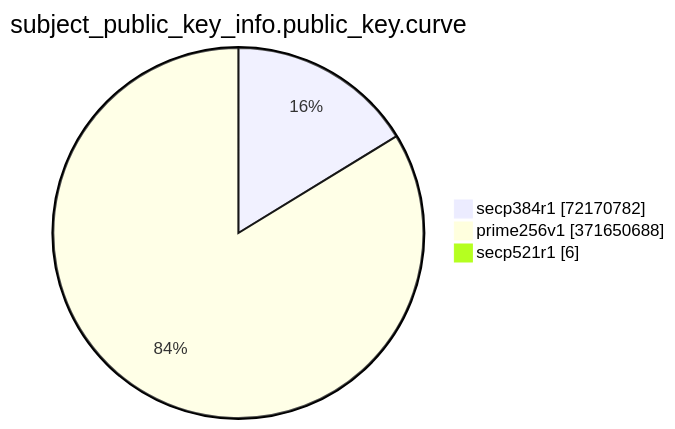
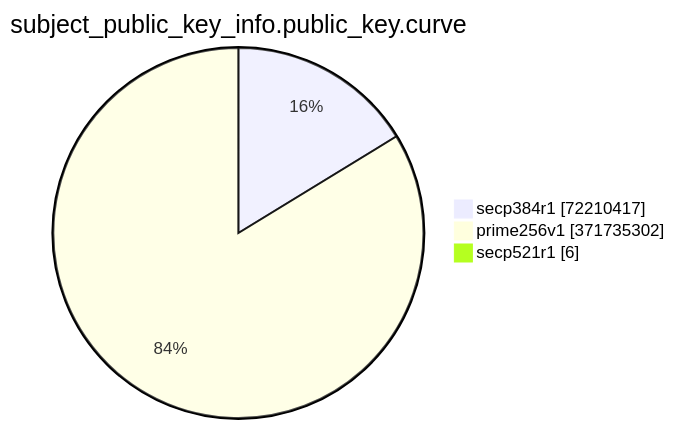
One commit to christiankrug/ctmonitor_visualization changed the eighth of 15 diagrams in TOTAL/README.md. Above: the diagram before and after it, drawn with Mermaid. The commit also changed other lines of this file, not shown here.

````diff
--- a/TOTAL/README.md
+++ b/TOTAL/README.md
@@ -3092,7 +3092,7 @@
 ```mermaid
 pie showData
 title subject_public_key_info.public_key.curve
-"secp384r1" :72170782
-"prime256v1" :371650688
+"secp384r1" :72210417
+"prime256v1" :371735302
 "secp521r1" :6
 ```
````
